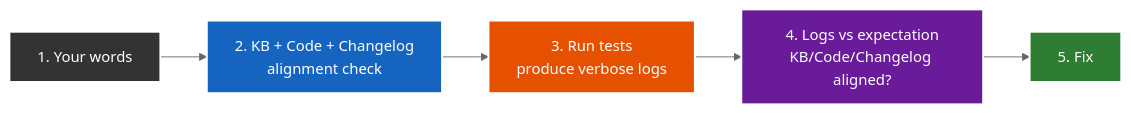
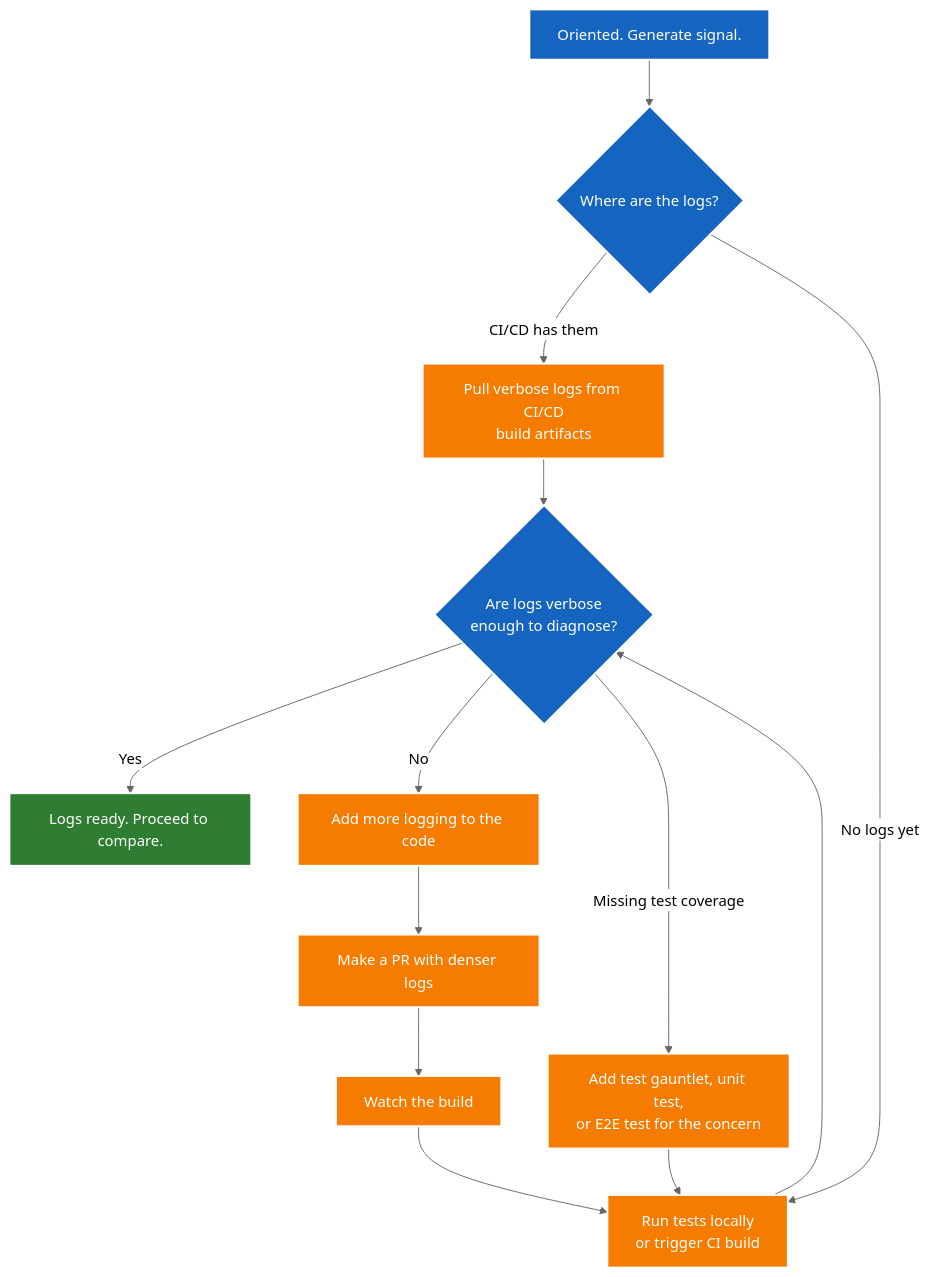
One commit to jacoby149/web10 changed the third of 4 diagrams in knowledge/knowledge-theories/ai-use-theory.md. Above: the diagram before and after it, drawn with Mermaid (neutral theme). The commit also changed other lines of this file and 2 other files, not shown here.

````diff
--- a/knowledge/knowledge-theories/ai-use-theory.md
+++ b/knowledge/knowledge-theories/ai-use-theory.md
@@ -74,19 +98,34 @@
 ```mermaid
-flowchart LR
-    S1["1. Your words"] --> S2["2. KB + Code + Changelog\nalignment check"]
-    S2 --> S3["3. Run tests\nproduce verbose logs"]
-    S3 --> S4["4. Logs vs expectation\nKB/Code/Changelog aligned?"]
-    S4 --> S5["5. Fix"]
+flowchart TD
+    GEN_START["Oriented. Generate signal."] --> SOURCE{"Where are the logs?"}
 
-    classDef prompt fill:#333,color:#fff,stroke:#fff,stroke-width:2px
+    SOURCE -- CI/CD has them --> PULL["Pull verbose logs from CI/CD\nbuild artifacts"]
+    SOURCE -- No logs yet --> RUN["Run tests locally\nor trigger CI build"]
+
+    PULL --> ENOUGH{"Are logs verbose\nenough to diagnose?"}
+    RUN --> ENOUGH
+
+    ENOUGH -- Yes --> GENERATED["Logs ready. Proceed to compare."]
+    ENOUGH -- No --> ADD_LOGS["Add more logging to the code"]
+    ADD_LOGS --> PR["Make a PR with denser logs"]
+    PR --> WATCH["Watch the build"]
+    WATCH --> RUN
+
+    ENOUGH -- Missing test coverage --> ADD_TESTS["Add test gauntlet, unit test,\nor E2E test for the concern"]
+    ADD_TESTS --> RUN
+
     classDef orient fill:#1565c0,color:#fff,stroke:#fff,stroke-width:2px
-    classDef generate fill:#e65100,color:#fff,stroke:#fff,stroke-width:2px
-    classDef compare fill:#6a1b9a,color:#fff,stroke:#fff,stroke-width:2px
-    classDef fix fill:#2e7d32,color:#fff,stroke:#fff,stroke-width:2px
+    classDef action fill:#f57c00,color:#fff,stroke:#fff,stroke-width:2px
+    classDef ok fill:#2e7d32,color:#fff,stroke:#fff,stroke-width:2px
 
-    class S1 prompt
-    class S2 orient
-    class S3 generate
-    class S4 compare
-    class S5 fix
+    class GEN_START orient
+    class SOURCE orient
+    class PULL action
+    class RUN action
+    class ENOUGH orient
+    class ADD_LOGS action
+    class PR action
+    class WATCH action
+    class ADD_TESTS action
+    class GENERATED ok
 ```
````
